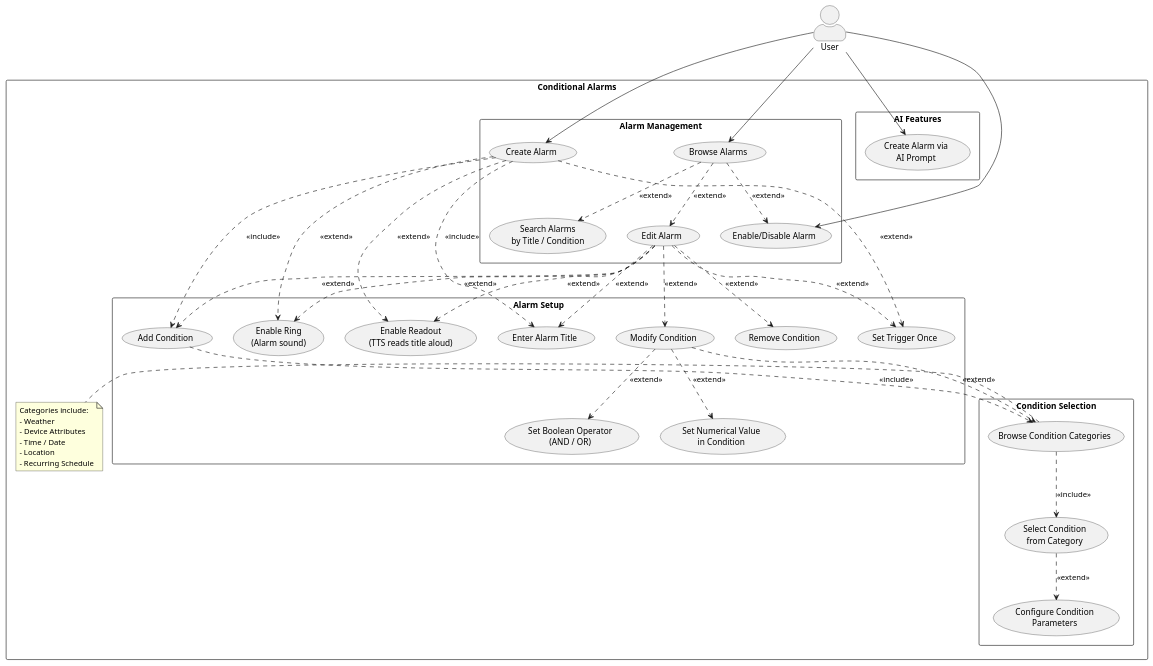
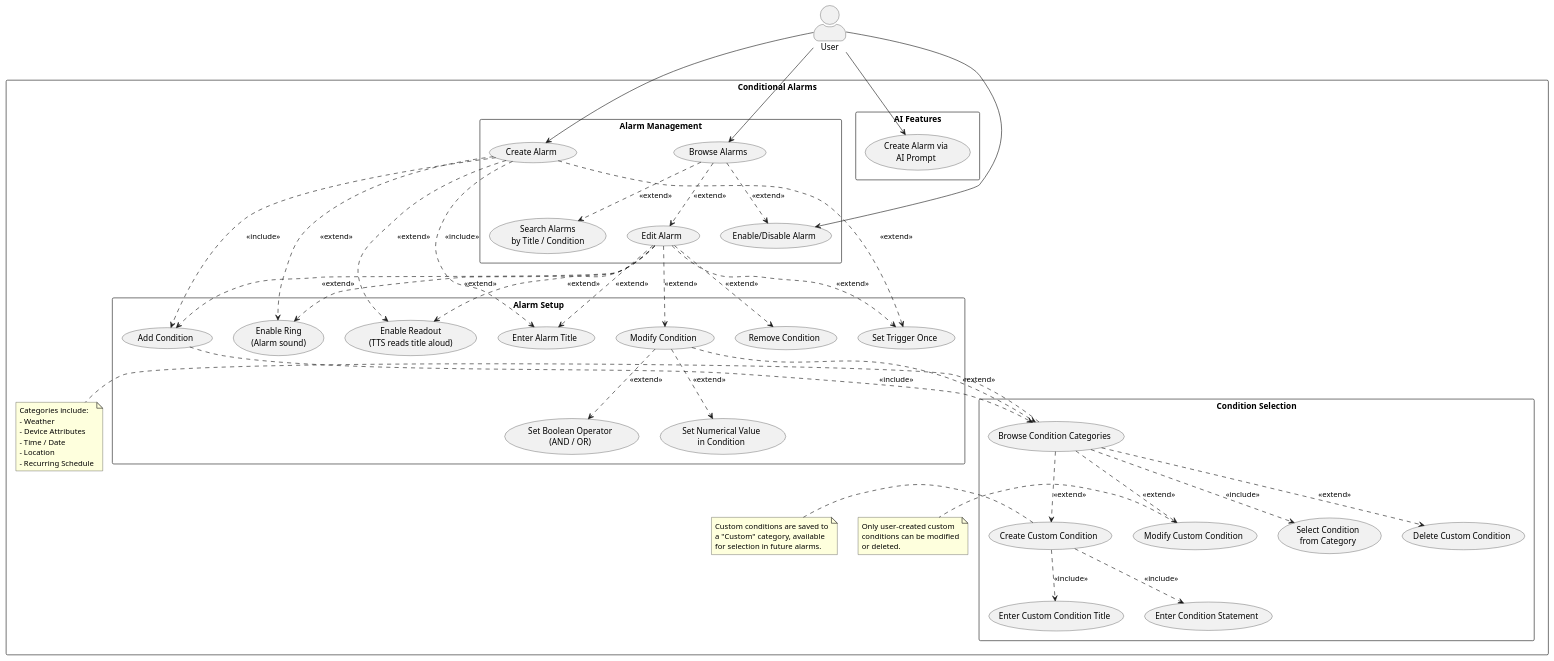
Before and after one commit to RandomPuddles/Port-2-Pullman: the diagram in diagrams/user_use_case.puml, drawn with PlantUML.

Commit message:
Update user use case diagram to include custom condition features

```diff
--- a/diagrams/user_use_case.puml
+++ b/diagrams/user_use_case.puml
@@ -1,87 +1,107 @@
 @startuml User Use Case Diagram
 top to bottom direction
 skinparam actorStyle awesome
 skinparam packageStyle rectangle
 
 actor User
 
 rectangle "Conditional Alarms" {
 
   ' === Row 1: Alarm Management + AI ===
   together {
     package "Alarm Management" {
       usecase "Browse Alarms" as UC_Browse
       usecase "Search Alarms\nby Title / Condition" as UC_Search
       usecase "Create Alarm" as UC_Create
       usecase "Edit Alarm" as UC_Edit
       usecase "Enable/Disable Alarm" as UC_Toggle
     }
 
     package "AI Features" {
       usecase "Create Alarm via\nAI Prompt" as UC_AI
     }
   }
 
   ' === Row 2: Alarm Setup ===
   package "Alarm Setup" {
     usecase "Enter Alarm Title" as UC_Title
     usecase "Add Condition" as UC_AddCond
     usecase "Modify Condition" as UC_ModifyCond
     usecase "Remove Condition" as UC_RemoveCond
     usecase "Set Boolean Operator\n(AND / OR)" as UC_Bool
     usecase "Set Numerical Value\nin Condition" as UC_NumVal
     usecase "Enable Readout\n(TTS reads title aloud)" as UC_Readout
     usecase "Enable Ring\n(Alarm sound)" as UC_Ring
     usecase "Set Trigger Once" as UC_Once
   }
 
   ' === Row 3: Condition Selection ===
   package "Condition Selection" {
     usecase "Browse Condition Categories" as UC_BrowseCat
     usecase "Select Condition\nfrom Category" as UC_SelCond
-    usecase "Configure Condition\nParameters" as UC_ConfParam
+    usecase "Create Custom Condition" as UC_CreateCustom
+    usecase "Enter Custom Condition Title" as UC_CustomTitle
+    usecase "Enter Condition Statement" as UC_CustomStmt
+    usecase "Modify Custom Condition" as UC_ModifyCustom
+    usecase "Delete Custom Condition" as UC_DeleteCustom
   }
 
   note right of UC_BrowseCat
     Categories include:
     - Weather
     - Device Attributes
     - Time / Date
     - Location
     - Recurring Schedule
+  end note
+
+  note right of UC_CreateCustom
+    Custom conditions are saved to
+    a "Custom" category, available
+    for selection in future alarms.
+  end note
+
+  note right of UC_ModifyCustom
+    Only user-created custom
+    conditions can be modified
+    or deleted.
   end note
 
   ' --- Relationships ---
 
   User --> UC_Browse
   User --> UC_Create
   User --> UC_Toggle
   User --> UC_AI
 
   UC_Browse ..> UC_Search : <<extend>>
   UC_Browse ..> UC_Toggle : <<extend>>
   UC_Browse ..> UC_Edit : <<extend>>
 
   UC_Create ..> UC_Title : <<include>>
   UC_Create ..> UC_AddCond : <<include>>
   UC_Create ..> UC_Readout : <<extend>>
   UC_Create ..> UC_Ring : <<extend>>
   UC_Create ..> UC_Once : <<extend>>
 
   UC_Edit ..> UC_Title : <<extend>>
   UC_Edit ..> UC_AddCond : <<extend>>
   UC_Edit ..> UC_ModifyCond : <<extend>>
   UC_Edit ..> UC_RemoveCond : <<extend>>
   UC_Edit ..> UC_Readout : <<extend>>
   UC_Edit ..> UC_Ring : <<extend>>
   UC_Edit ..> UC_Once : <<extend>>
 
   UC_AddCond ..> UC_BrowseCat : <<include>>
   UC_ModifyCond ..> UC_Bool : <<extend>>
   UC_ModifyCond ..> UC_NumVal : <<extend>>
   UC_ModifyCond ..> UC_BrowseCat : <<extend>>
   UC_BrowseCat ..> UC_SelCond : <<include>>
-  UC_SelCond ..> UC_ConfParam : <<extend>>
+  UC_BrowseCat ..> UC_CreateCustom : <<extend>>
+  UC_BrowseCat ..> UC_ModifyCustom : <<extend>>
+  UC_BrowseCat ..> UC_DeleteCustom : <<extend>>
+  UC_CreateCustom ..> UC_CustomTitle : <<include>>
+  UC_CreateCustom ..> UC_CustomStmt : <<include>>
 }
 
 @enduml
```
